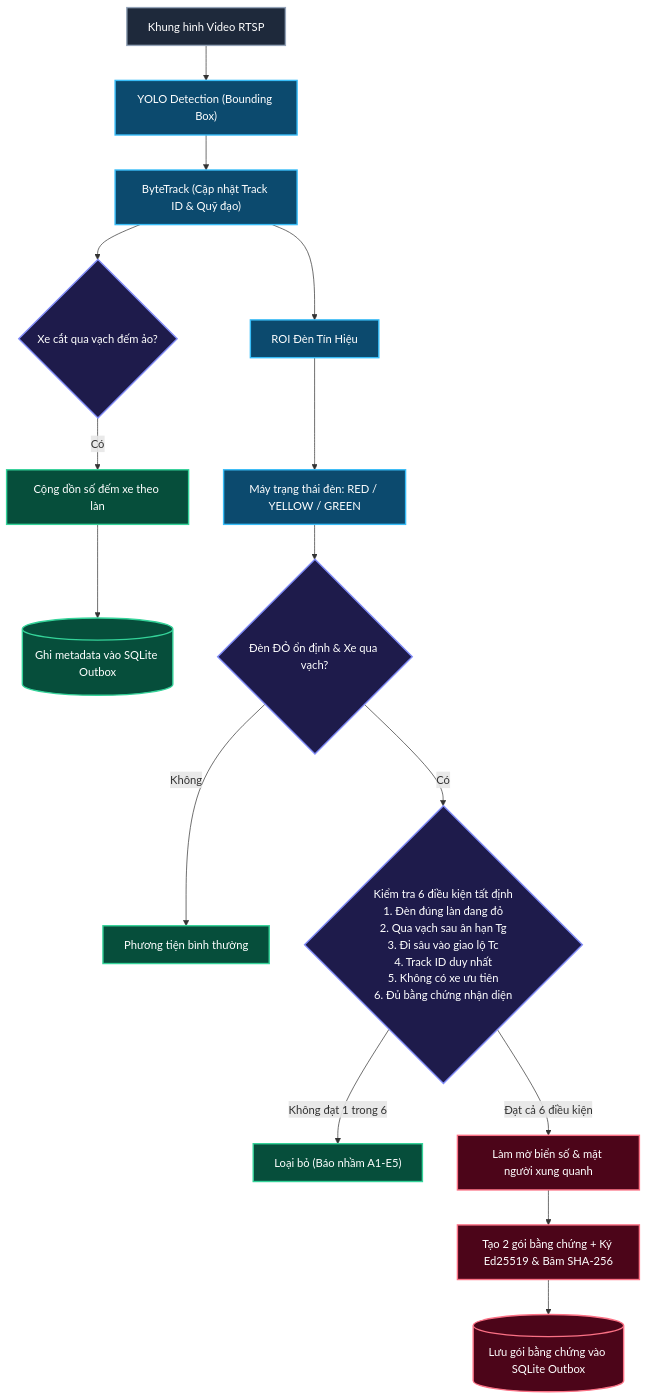
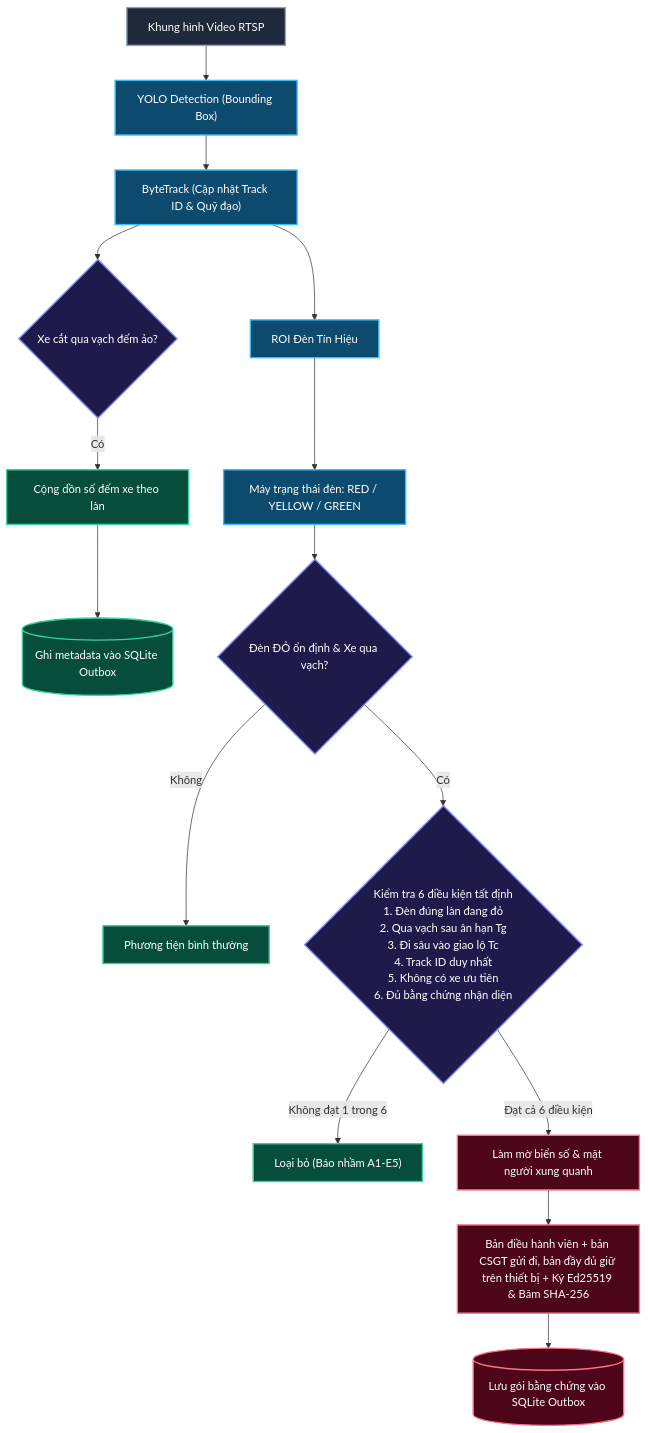
Before and after one commit to NguyenTuan-UET/roadwatch_copilot: the second of 4 diagrams in docs/architecture_diagram.md, drawn with Mermaid. The commit also changed other lines of this file and 16 other files, not shown here.

Commit message:
docs: update timeline v3.0 with task allocations, spec v1.0 updates, and competitor analysis

````diff
--- a/docs/architecture_diagram.md
+++ b/docs/architecture_diagram.md
@@ -93,27 +139,27 @@
 ```mermaid
 graph TD
     classDef startNode fill:#1e293b,stroke:#94a3b8,stroke-width:2px,color:#ffffff;
     classDef procNode fill:#0c4a6e,stroke:#38bdf8,stroke-width:2px,color:#ffffff;
     classDef decideNode fill:#1e1b4b,stroke:#818cf8,stroke-width:2px,color:#ffffff;
     classDef passNode fill:#064e3b,stroke:#34d399,stroke-width:2px,color:#ffffff;
     classDef vioNode fill:#4c0519,stroke:#fb7185,stroke-width:2px,color:#ffffff;
 
     IN["Khung hình Video RTSP"]:::startNode --> DET["YOLO Detection (Bounding Box)"]:::procNode
     DET --> TRK["ByteTrack (Cập nhật Track ID & Quỹ đạo)"]:::procNode
     
     TRK --> CHK_CNT{"Xe cắt qua vạch đếm ảo?"}:::decideNode
     CHK_CNT -->|Có| COUNT["Cộng dồn số đếm xe theo làn"]:::passNode
     COUNT --> OUTBOX_CNT[("Ghi metadata vào SQLite Outbox")]:::passNode
 
     TRK --> TL_IN["ROI Đèn Tín Hiệu"]:::procNode
     TL_IN --> TL_STATE["Máy trạng thái đèn: RED / YELLOW / GREEN"]:::procNode
     
     TL_STATE --> CHK_RED{"Đèn ĐỎ ổn định & Xe qua vạch?"}:::decideNode
     CHK_RED -->|Không| NORMAL["Phương tiện bình thường"]:::passNode
     CHK_RED -->|Có| GATE{"Kiểm tra 6 điều kiện tất định<br/>1. Đèn đúng làn đang đỏ<br/>2. Qua vạch sau ân hạn Tg<br/>3. Đi sâu vào giao lộ Tc<br/>4. Track ID duy nhất<br/>5. Không có xe ưu tiên<br/>6. Đủ bằng chứng nhận diện"}:::decideNode
     
     GATE -->|Không đạt 1 trong 6| DROP["Loại bỏ (Báo nhầm A1-E5)"]:::passNode
     GATE -->|Đạt cả 6 điều kiện| MASK["Làm mờ biển số & mặt người xung quanh"]:::vioNode
-    MASK --> SIGN["Tạo 2 gói bằng chứng + Ký Ed25519 & Băm SHA-256"]:::vioNode
+    MASK --> SIGN["Bản điều hành viên + bản CSGT gửi đi, bản đầy đủ giữ trên thiết bị + Ký Ed25519 & Băm SHA-256"]:::vioNode
     SIGN --> OUTBOX_VIO[("Lưu gói bằng chứng vào SQLite Outbox")]:::vioNode
 ```
````
